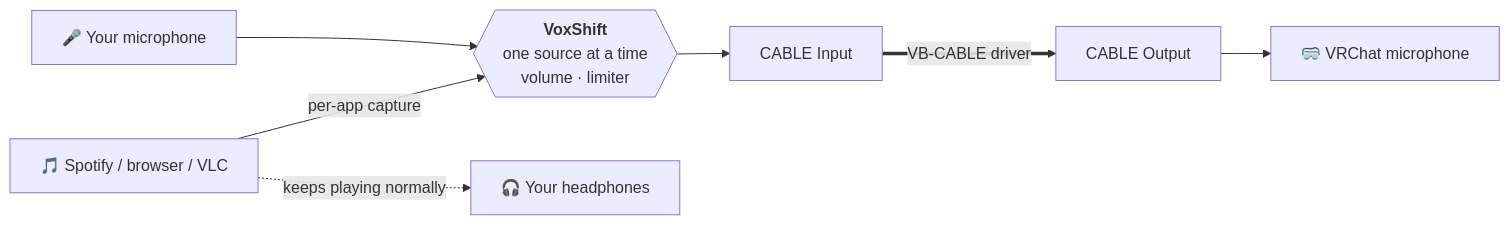
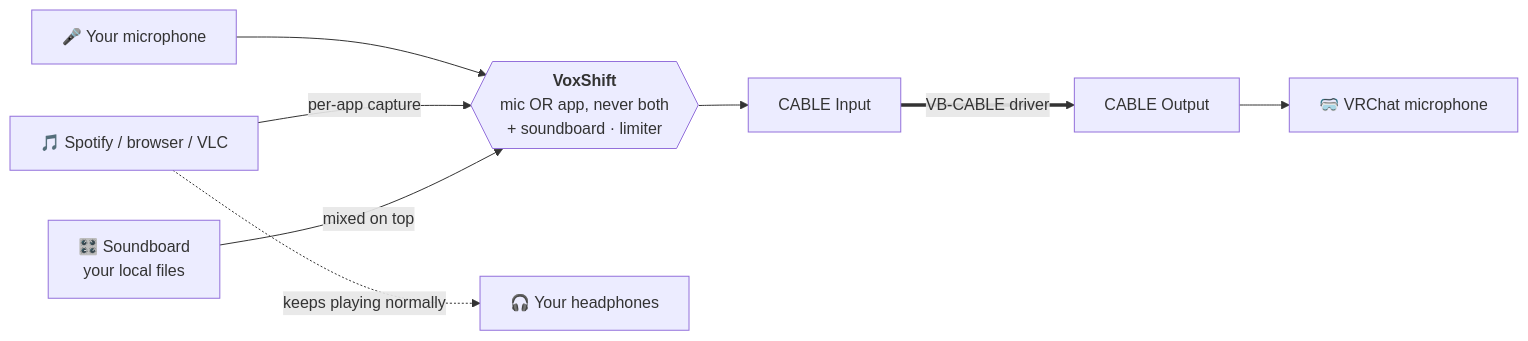
One commit to crapclap161/voxshift changed the diagram in README.md. Above: the diagram before and after it, drawn with Mermaid. The commit also changed other lines of this file and 34 other files, not shown here.

````diff
--- a/README.md
+++ b/README.md
@@ -113,9 +126,10 @@
 ```mermaid
 flowchart LR
     MIC["🎤 Your microphone"] --> VS
     APP["🎵 Spotify / browser / VLC"] -- "per-app capture" --> VS
     APP -. "keeps playing normally" .-> HP["🎧 Your headphones"]
-    VS{{"<b>VoxShift</b><br/>one source at a time<br/>volume · limiter"}} --> CI["CABLE Input"]
+    SB["🎛️ Soundboard<br/>your local files"] -- "mixed on top" --> VS
+    VS{{"<b>VoxShift</b><br/>mic OR app, never both<br/>+ soundboard · limiter"}} --> CI["CABLE Input"]
     CI == "VB-CABLE driver" ==> CO["CABLE Output"]
     CO --> VRC["🥽 VRChat microphone"]
 ```
````
